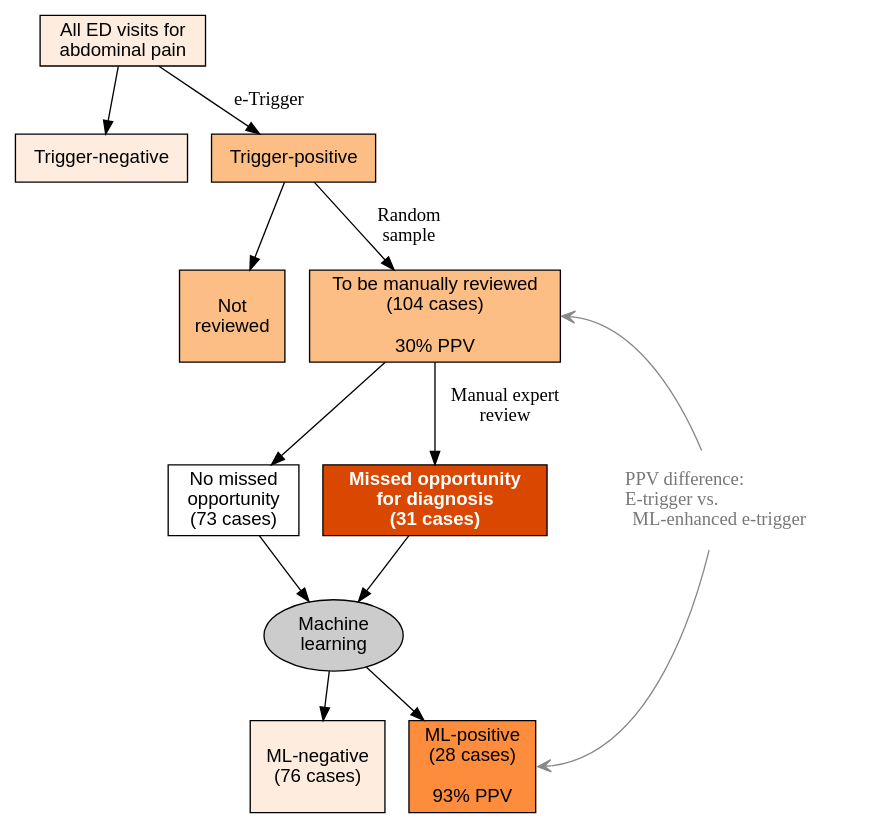
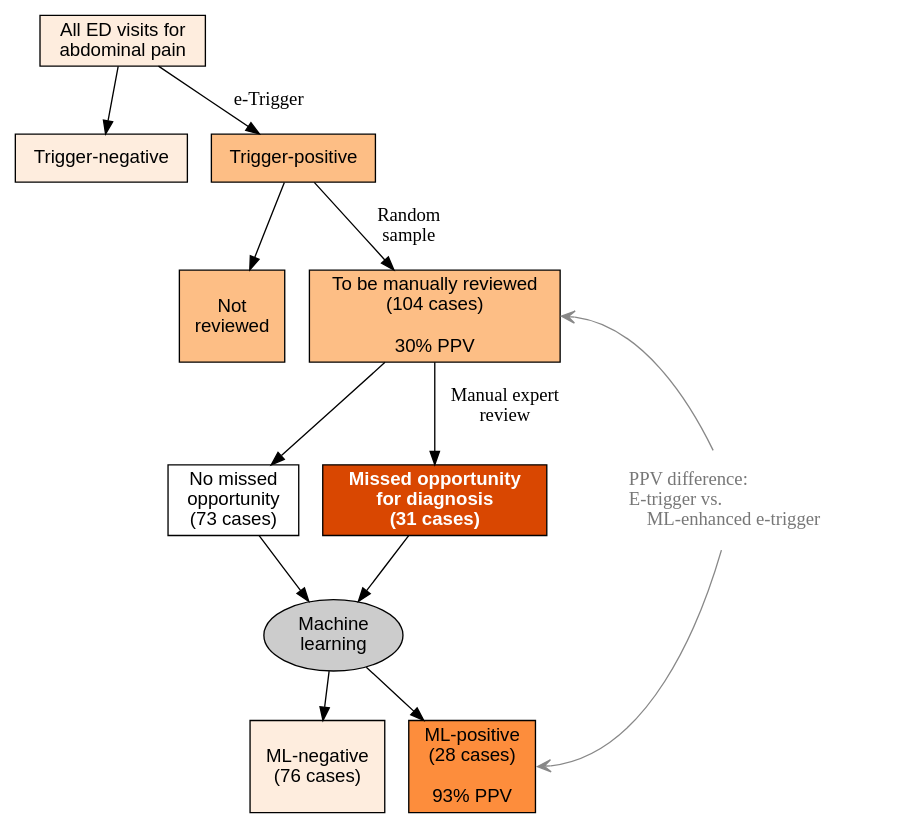
One commit to zimolzak/ml-detect-diagnostic-safety changed the diagram in AndyZimolzak/flow-colors-sparser.dot. Above: the diagram before and after it, drawn with Graphviz. The commit also changed 1 other file, not shown here.

```diff
--- a/AndyZimolzak/flow-colors-sparser.dot
+++ b/AndyZimolzak/flow-colors-sparser.dot
@@ -1,48 +1,48 @@
 digraph G {
 
 node [style = filled, fillcolor="white", fontname="Helvetica", colorscheme="oranges4"]
 
 
 
 // Nodes
 
 twentyMillion [shape="rectangle", label="All ED visits for\nabdominal pain", fillcolor=1];
 millionsNeg   [shape="rectangle", label="Trigger-negative", fillcolor=1];
 thousands     [shape="rectangle", label="Trigger-positive", fillcolor=2];
 
 notReview [shape="rectangle" label="\nNot\nreviewed\n ", fillcolor=2];
 hundredReview [shape="rectangle", label="To be manually reviewed\n(104 cases)\n\n30% PPV", fillcolor=2];
 
 noMissedOD [shape="rectangle", label="No missed\nopportunity\n(73 cases)"];
 MissedOD   [shape="rectangle", label="Missed opportunity\nfor diagnosis\n(31 cases)", fillcolor=4, fontcolor="white", fontname="Helvetica-Bold"];
 
 mlneg [shape="rectangle", fillcolor=1, label="\nML-negative\n(76 cases)\n "];
 mlpos [shape="rectangle", fillcolor=3, label="ML-positive\n(28 cases)\n\n93% PPV"];  // color 3 is used only for ML +
 
 ML [fillcolor="#cccccc", label="Machine\nlearning"];  // The only non-rectangle
 
 
 
 
 // Edges
 
 twentyMillion -> millionsNeg;
 twentyMillion -> thousands [label="e-Trigger"];
 
 thousands -> notReview;
 thousands -> hundredReview [label="Random\nsample"];
 
 hundredReview -> noMissedOD;
 hundredReview -> MissedOD [label="Manual expert\nreview"];
 
 noMissedOD -> ML;
 MissedOD -> ML;
 
 ML -> mlneg;
 ML -> mlpos;
 
-MLImproves[penwidth=0, label="PPV difference:\l E-trigger vs.\l ML-enhanced e-trigger", fontcolor="#777777", fontname="Helvetica Italic"]
+MLImproves[penwidth=0, label="PPV difference:\l E-trigger vs.\l ML-enhanced e-trigger", fontcolor="#777777", fontname="Helvetica-Italic"]
 hundredReview -> MLImproves [color="#888888", arrowtail=vee, dir=back, tailport=e]
 MLImproves -> mlpos [color="#888888", arrowhead=vee, constraint=false, headport=e]
 
 }
```
